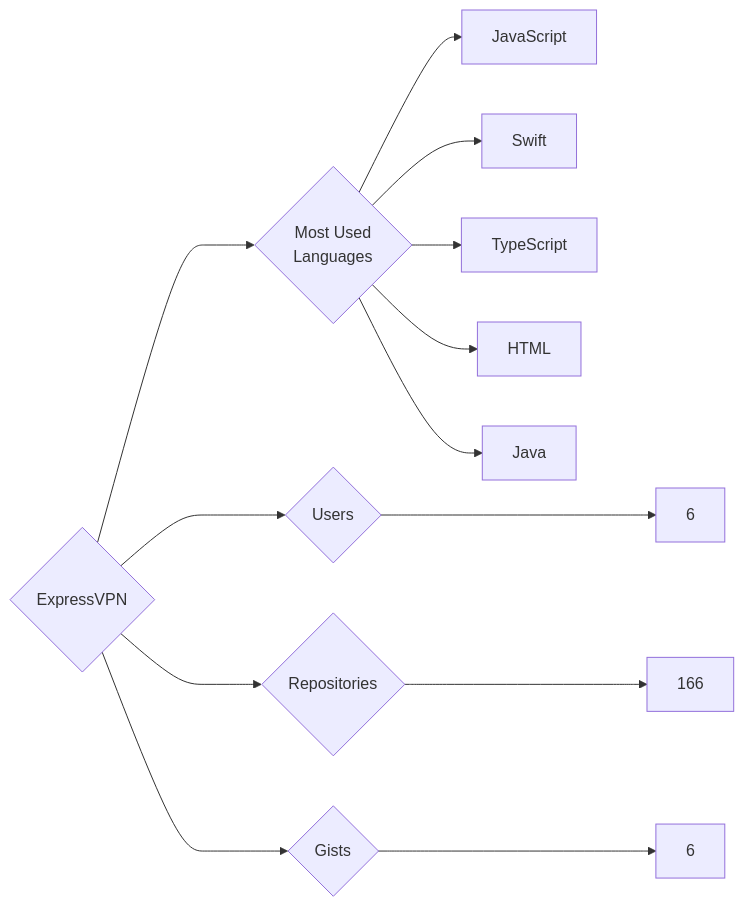
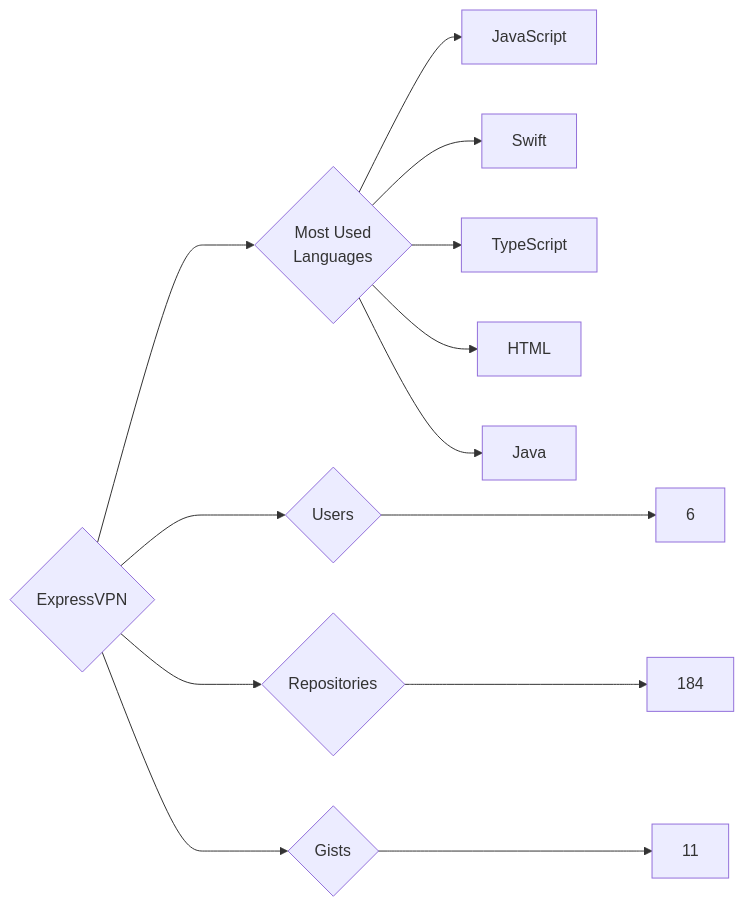
Before and after one commit to trickest/insiders: the diagram in targets/ExpressVPN/README.md, drawn with Mermaid. The commit also changed 724 other files, not shown here.

````diff
--- a/targets/ExpressVPN/README.md
+++ b/targets/ExpressVPN/README.md
@@ -3,13 +3,13 @@
 ```mermaid
 graph LR
 COMPANY_NAME{ExpressVPN}
 COMPANY_NAME ---> U{Users} ---> UN[6]
-COMPANY_NAME ---> R{Repositories} ---> RN[166]
-COMPANY_NAME ---> G{Gists} ---> GN[6]
+COMPANY_NAME ---> R{Repositories} ---> RN[184]
+COMPANY_NAME ---> G{Gists} ---> GN[11]
 COMPANY_NAME ---> ML{Most Used<br>Languages}
 ML --> JavaScript[JavaScript]
 ML --> Swift[Swift]
 ML --> TypeScript[TypeScript]
 ML --> HTML[HTML]
 ML --> Java[Java]
 ```
````
